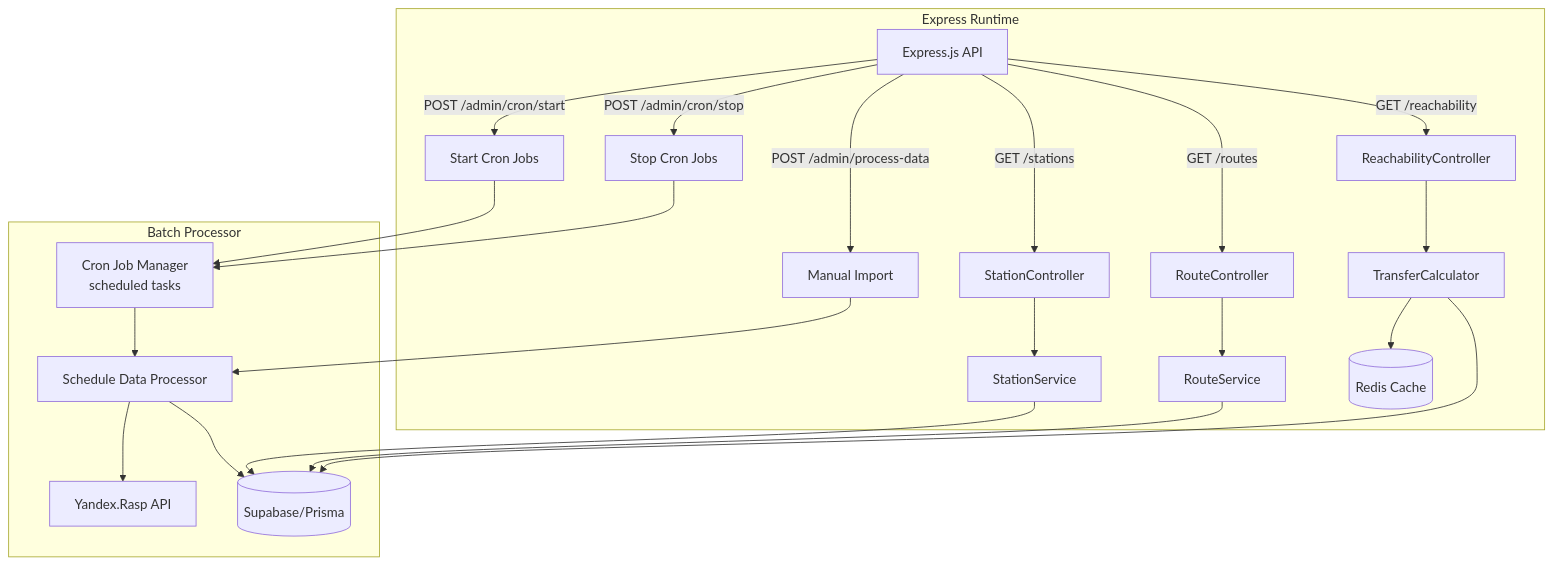
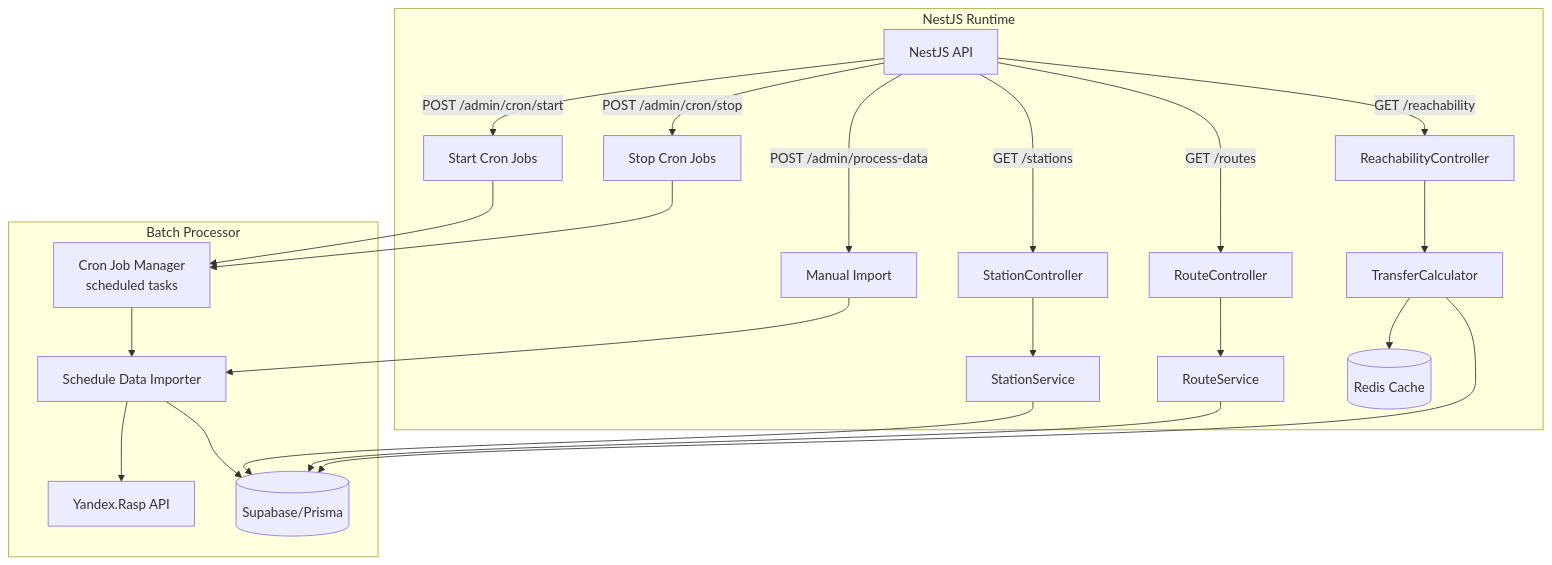
One commit to stone-w4tch3r/where2 changed the third of 6 diagrams in docs/arch.md. Above: the diagram before and after it, drawn with Mermaid. The commit also changed other lines of this file and 8 other files, not shown here.

Commit message:
1. data processor -> data imported 2. update outdated arch docs

````diff
--- a/docs/arch.md
+++ b/docs/arch.md
@@ -103,35 +103,35 @@
 ```mermaid
 flowchart TB
   %% Batch import
   subgraph Batch Processor
     CronJobManager[Cron Job Manager<br/>scheduled tasks]
-    DataProcessor[Schedule Data Processor]
+    DataImporter[Schedule Data Importer]
     ExternalAPI[Yandex.Rasp API]
-    CronJobManager --> DataProcessor
-    DataProcessor --> ExternalAPI
-    DataProcessor --> DB[(Supabase/Prisma)]
+    CronJobManager --> DataImporter
+    DataImporter --> ExternalAPI
+    DataImporter --> DB[(Supabase/Prisma)]
   end
 
   %% Runtime API
-  subgraph Express Runtime
-    API[Express.js API]
+  subgraph NestJS Runtime
+    API[NestJS API]
     API -->|GET /stations| StationCtrl[StationController]
     API -->|GET /routes| RouteCtrl[RouteController]
     API -->|GET /reachability| ReachCtrl[ReachabilityController]
     API -->|POST /admin/process-data| ManualImport[Manual Import]
     API -->|POST /admin/cron/start| CronStart[Start Cron Jobs]
     API -->|POST /admin/cron/stop| CronStop[Stop Cron Jobs]
 
     StationCtrl --> StationSvc[StationService]
     RouteCtrl   --> RouteSvc[RouteService]
     ReachCtrl   --> ReachSvc[TransferCalculator]
-    ManualImport --> DataProcessor
+    ManualImport --> DataImporter
     CronStart --> CronJobManager
     CronStop --> CronJobManager
 
     StationSvc  --> DB
     RouteSvc    --> DB
     ReachSvc    --> DB
     ReachSvc    --> Cache[(Redis Cache)]
   end
 ```
````
